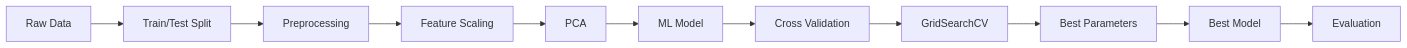
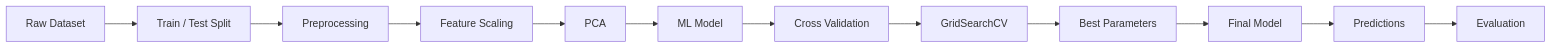
Before and after one commit to CyberWol-12/Machine_Learning_with_Python: the eighth of 19 diagrams in readme.md, drawn with Mermaid. The commit also changed other lines of this file, not shown here.

````diff
--- a/readme.md
+++ b/readme.md
@@ -752,18 +859,16 @@
 ```mermaid
 flowchart LR
 
-A[Raw Data]
---> B[Train/Test Split]
-
-B --> C[Preprocessing]
-C --> D[Feature Scaling]
-D --> E[PCA]
-
-E --> F[ML Model]
-F --> G[Cross Validation]
-G --> H[GridSearchCV]
-
-H --> I[Best Parameters]
-I --> J[Best Model]
-J --> K[Evaluation]
+A[Raw Dataset]
+--> B[Train / Test Split]
+--> C[Preprocessing]
+--> D[Feature Scaling]
+--> E[PCA]
+--> F[ML Model]
+--> G[Cross Validation]
+--> H[GridSearchCV]
+--> I[Best Parameters]
+--> J[Final Model]
+--> K[Predictions]
+--> L[Evaluation]
 ```
````
